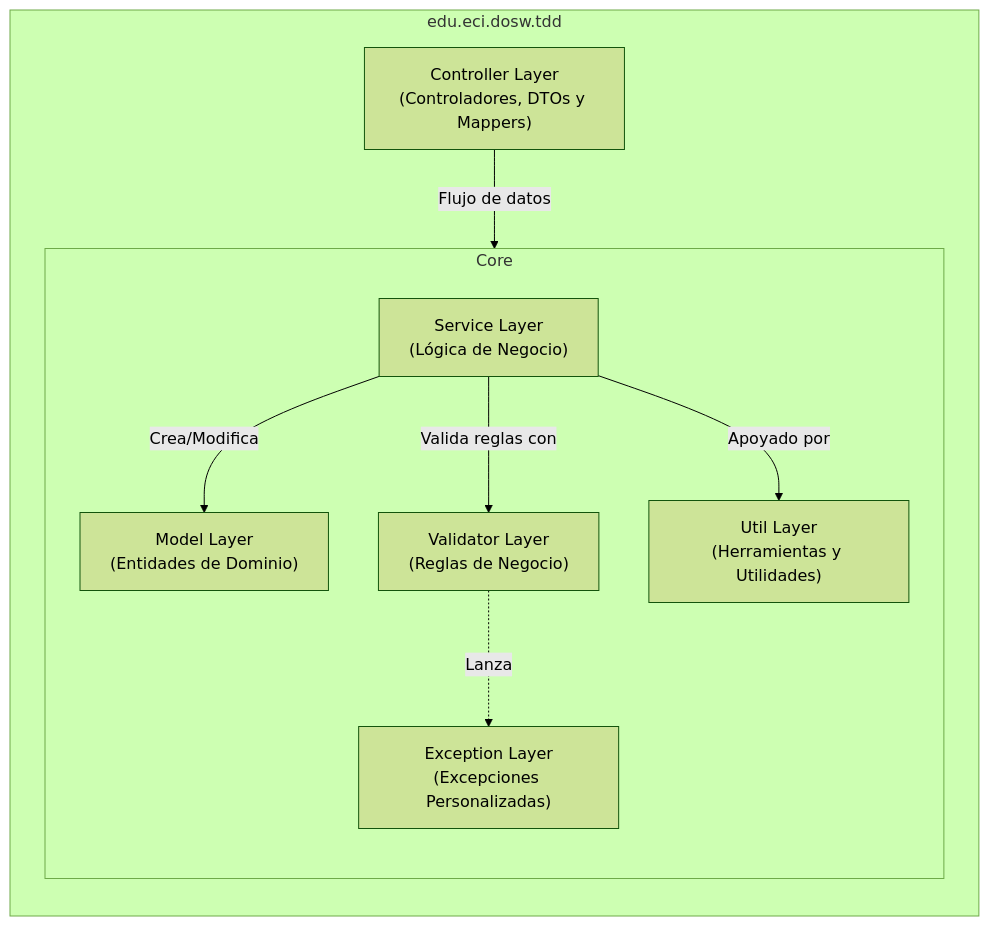
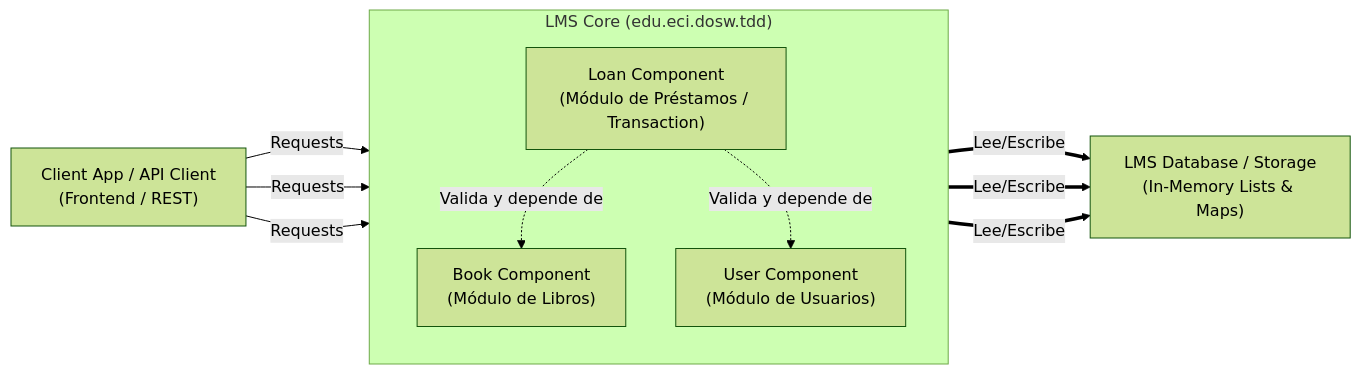
Before and after one commit to Exael74/Biblioteca_DOSW: the first of 2 diagrams in README.md, drawn with Mermaid (forest theme).

Commit message:
docs: Replace the architectural diagram in README with a component-based view of the LMS core.

````diff
--- a/README.md
+++ b/README.md
@@ -19,23 +19,28 @@
 ```mermaid
-flowchart TD
-    subgraph edu.eci.dosw.tdd["edu.eci.dosw.tdd"]
+flowchart LR
+    %% Interfaz Externa (Front/Cliente)
+    Client["Client App / API Client\n(Frontend / REST)"]
+    
+    %% Componentes del Dominio (Backend / Core)
+    subgraph CoreSystem ["LMS Core (edu.eci.dosw.tdd)"]
         direction TB
-        Controller["Controller Layer\n(Controladores, DTOs y Mappers)"]
-        
-        subgraph Core["Core"]
-            direction TB
-            Service["Service Layer\n(Lógica de Negocio)"]
-            Model["Model Layer\n(Entidades de Dominio)"]
-            Validator["Validator Layer\n(Reglas de Negocio)"]
-            Util["Util Layer\n(Herramientas y Utilidades)"]
-            Exception["Exception Layer\n(Excepciones Personalizadas)"]
-            
-            Service -->|Crea/Modifica| Model
-            Service -->|Valida reglas con| Validator
-            Service -->|Apoyado por| Util
-            Validator -.->|Lanza| Exception
-        end
-        
-        Controller -->|Flujo de datos| Service
+        Book["Book Component\n(Módulo de Libros)"]
+        User["User Component\n(Módulo de Usuarios)"]
+        Loan["Loan Component\n(Módulo de Préstamos / Transaction)"]
     end
+    
+    %% Base de Datos (Almacenamiento en Memoria según requerimientos)
+    DB["LMS Database / Storage\n(In-Memory Lists & Maps)"]
+    
+    %% Relaciones y Dependencias
+    Client -->|Requests| Book
+    Client -->|Requests| User
+    Client -->|Requests| Loan
+    
+    Loan -.->|Valida y depende de| Book
+    Loan -.->|Valida y depende de| User
+    
+    Book ==>|Lee/Escribe| DB
+    User ==>|Lee/Escribe| DB
+    Loan ==>|Lee/Escribe| DB
 ```
````
